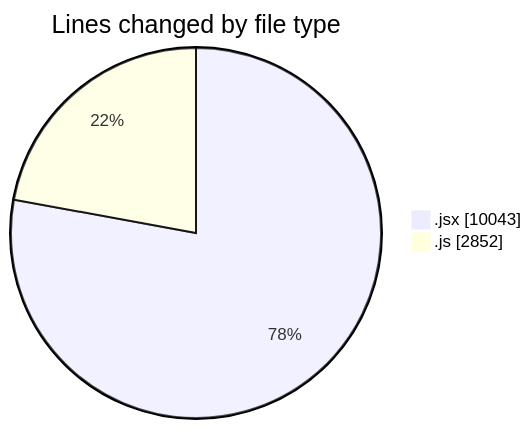
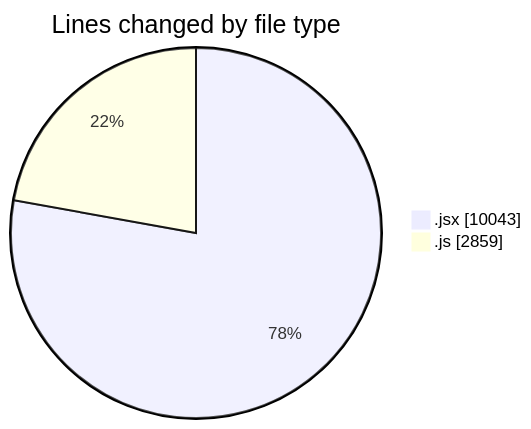
One commit to nxtqubesakshisongat/code-tracking changed the first of 2 diagrams in 2026-01-20/nxtqube_webapp/README.md. Above: the diagram before and after it, drawn with Mermaid. The commit also changed other lines of this file and 1 other file, not shown here.

````diff
--- a/2026-01-20/nxtqube_webapp/README.md
+++ b/2026-01-20/nxtqube_webapp/README.md
@@ -27,6 +27,6 @@
 ```mermaid
 pie showData
 title Lines changed by file type
 ".jsx" : 10043
-".js" : 2852
+".js" : 2859
 ```
````
